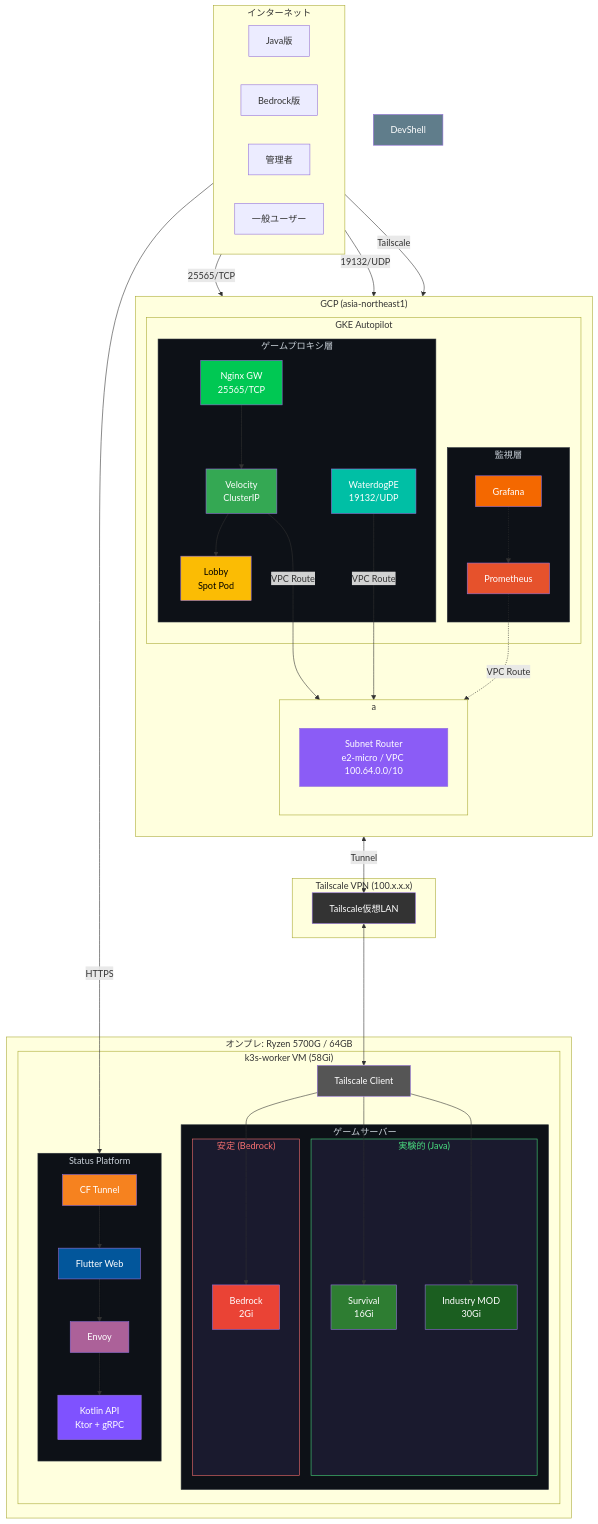
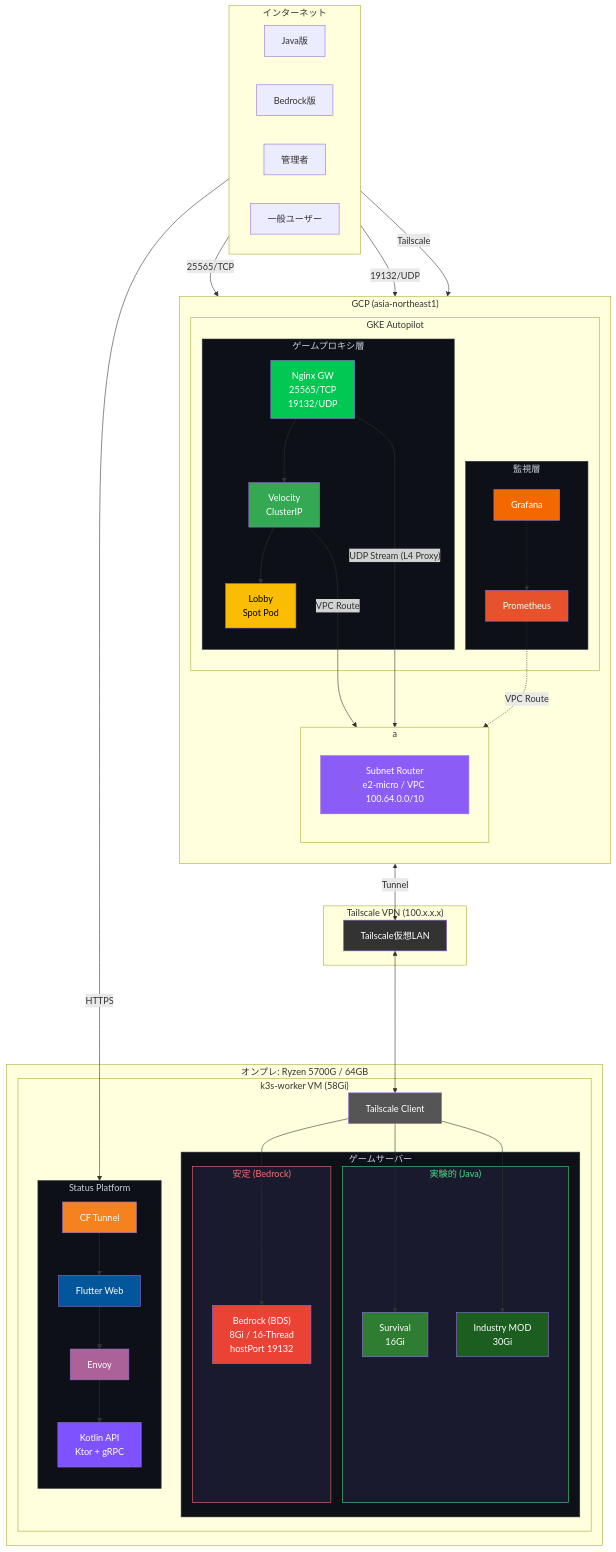
Before and after one commit to Tagomori0211/Minecraft-on-Kubenates: the diagram in architecture/infrastructure.mermaid, drawn with Mermaid.

Commit message:
docs(infra): update infrastructure diagram for transparent Bedrock routing

```diff
--- a/architecture/infrastructure.mermaid
+++ b/architecture/infrastructure.mermaid
@@ -1,113 +1,110 @@
 flowchart TB
     subgraph Internet["インターネット"]
         direction LR
         Player_Java["Java版"]
         Player_Bedrock["Bedrock版"]
         Admin["管理者"]
         User["一般ユーザー"]
     end
 
     subgraph GCP["GCP (asia-northeast1)"]
         direction TB
         
         subgraph GKE["GKE Autopilot"]
             subgraph MonPods["監視層"]
                 Prometheus["Prometheus"]
                 Grafana["Grafana"]
             end
             subgraph GamePods["ゲームプロキシ層"]
-                GW["Nginx GW<br/>25565/TCP"]
-                WaterdogPE["WaterdogPE<br/>19132/UDP"]
+                GW["Nginx GW<br/>25565/TCP<br/>19132/UDP"]
                 Velocity["Velocity<br/>ClusterIP"]
                 Lobby["Lobby<br/>Spot Pod"]
             end
             
         end
         subgraph transform01["a"]
         direction TB
             SubnetRouter["Subnet Router<br/>e2-micro / VPC 100.64.0.0/10"]
         end
     end
 
     subgraph TS["Tailscale VPN (100.x.x.x)"]
         TS_Net["Tailscale仮想LAN"]
     end
 
     subgraph Onprem["オンプレ: Ryzen 5700G / 64GB"]
         subgraph Worker["k3s-worker VM (58Gi)"]
             TS_K3s["Tailscale Client"]
             subgraph GameServers["ゲームサーバー"]
                 subgraph Experimental["実験的 (Java)"]
                     Java_Survival["Survival<br/>16Gi"]
                     Java_Industry["Industry MOD<br/>30Gi"]
                 end
                 subgraph Conservative["安定 (Bedrock)"]
-                    Bedrock["Bedrock<br/>2Gi"]
+                    Bedrock["Bedrock (BDS)<br/>8Gi / 16-Thread<br/>hostPort 19132"]
                 end
             end
             subgraph SP["Status Platform"]
                 direction TB
                 CF_Tunnel["CF Tunnel"]
                 Flutter["Flutter Web"]
                 Envoy["Envoy"]
                 Kotlin["Kotlin API<br/>Ktor + gRPC"]
             end
         end
         
     end
 
     %% === ゲームトラフィック ===
     Player_Java -->|"25565/TCP"| GW
-    Player_Bedrock -->|"19132/UDP"| WaterdogPE
+    Player_Bedrock -->|"19132/UDP"| GW
     GW --> Velocity
     Velocity --> Lobby
 
     %% === GKE → Tailscale → オンプレ ===
     Velocity --->|"VPC Route"| SubnetRouter
-    WaterdogPE --->|"VPC Route"| SubnetRouter
+    GW ---->|"UDP Stream (L4 Proxy)"| SubnetRouter
     TS_Net <--> TS_K3s
     TS_K3s --> Java_Survival
     TS_K3s --> Java_Industry
     TS_K3s --> Bedrock
     
     SubnetRouter <-->|"Tunnel"| TS_Net
     %% === Status Platform ===
     User ------->|"HTTPS"| CF_Tunnel
     direction TB
     CF_Tunnel --> Flutter
     Flutter --> Envoy
     Envoy --> Kotlin
 
     
 
     %% === 管理者・監視 ===
     Admin -->|"Tailscale"| Grafana
     Grafana -.-> Prometheus
     Prometheus -.->|"VPC Route"| SubnetRouter
 
     
 
     %% === スタイル ===
     style GW fill:#00C853,color:#fff
-    style WaterdogPE fill:#00BFA5,color:#fff
     style Velocity fill:#34a853,color:#fff
     style Lobby fill:#fbbc04,color:#000
     style Prometheus fill:#e6522c,color:#fff
     style Grafana fill:#f46800,color:#fff
     style SubnetRouter fill:#8B5CF6,color:#fff
     style TS_Net fill:#333,color:#fff
     style TS_K3s fill:#555,color:#fff
     style Java_Survival fill:#2E7D32,color:#fff
     style Java_Industry fill:#1B5E20,color:#fff
     style Bedrock fill:#ea4335,color:#fff
     style CF_Tunnel fill:#F6821F,color:#fff
     style Flutter fill:#02569B,color:#fff
     style Envoy fill:#AC6199,color:#fff
     style Kotlin fill:#7F52FF,color:#fff
-    style DevShell fill:#607D8B,color:#fff
     style GamePods fill:#0d1117,color:#c9d1d9,stroke:#30363d
     style MonPods fill:#0d1117,color:#c9d1d9,stroke:#30363d
     style GameServers fill:#0d1117,color:#c9d1d9,stroke:#30363d
     style Experimental fill:#1a1a2e,color:#4ade80,stroke:#4ade80
     style Conservative fill:#1a1a2e,color:#f87171,stroke:#f87171
     style SP fill:#0d1117,color:#c9d1d9,stroke:#30363d
```
